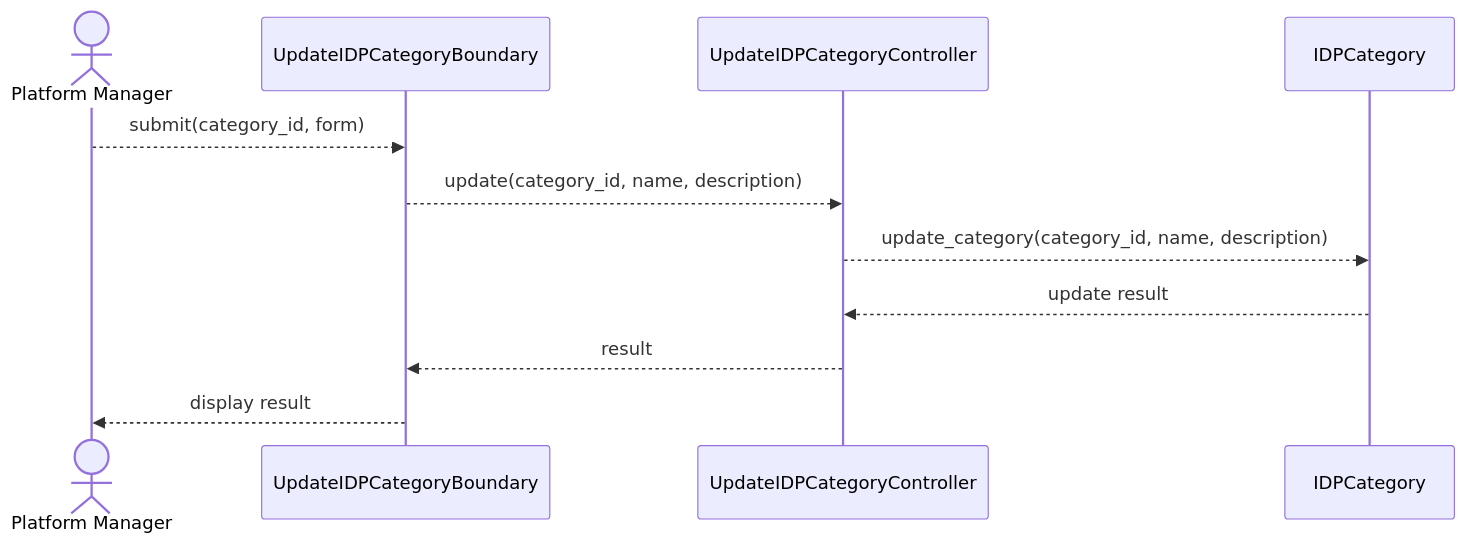
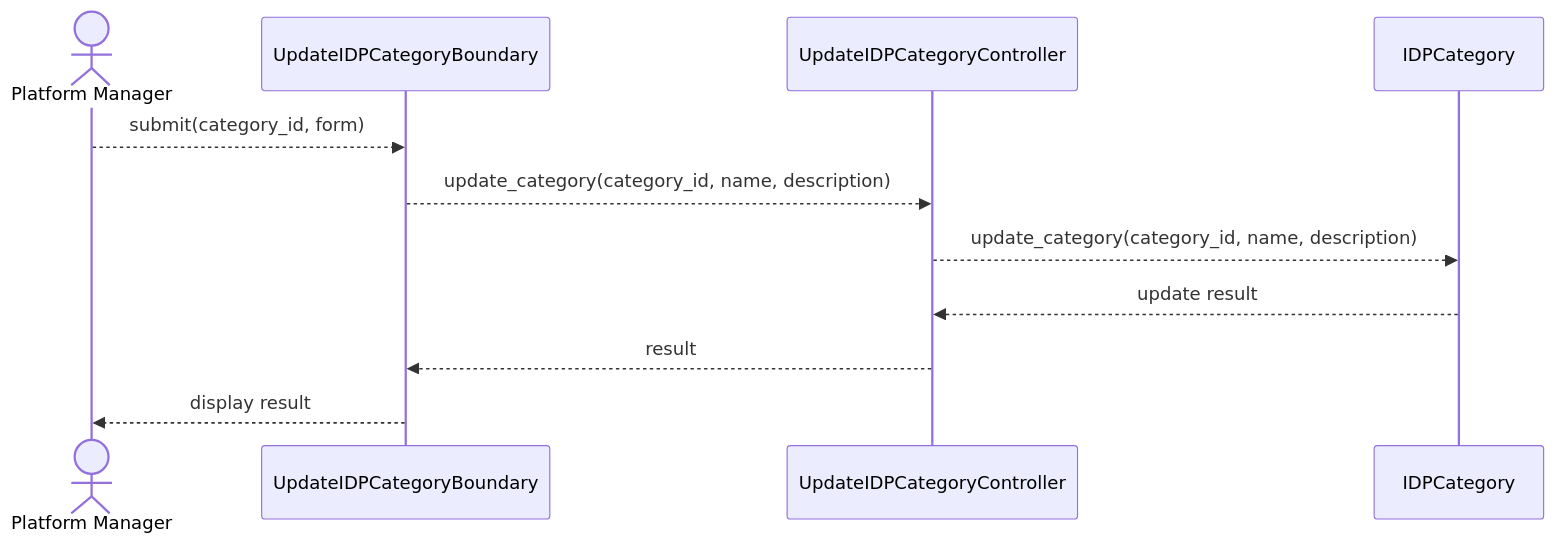
The second of 2 diagrams in diagrams/US41_Update_IDP_Category/README.md (boyinapuddle/CSIT314-Chinese), drawn with Mermaid before and after one commit. The commit also changed other lines of this file and 140 other files, not shown here.

````diff
--- a/diagrams/US41_Update_IDP_Category/README.md
+++ b/diagrams/US41_Update_IDP_Category/README.md
@@ -20,13 +20,13 @@
 ```mermaid
 sequenceDiagram
     actor P0 as Platform Manager
     participant P1 as UpdateIDPCategoryBoundary
     participant P2 as UpdateIDPCategoryController
     participant P3 as IDPCategory
     P0-->>P1: submit(category_id, form)
-    P1-->>P2: update(category_id, name, description)
+    P1-->>P2: update_category(category_id, name, description)
     P2-->>P3: update_category(category_id, name, description)
     P3-->>P2: update result
     P2-->>P1: result
     P1-->>P0: display result
 ```
````
